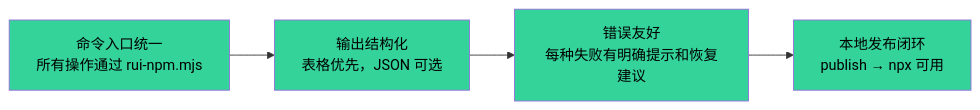
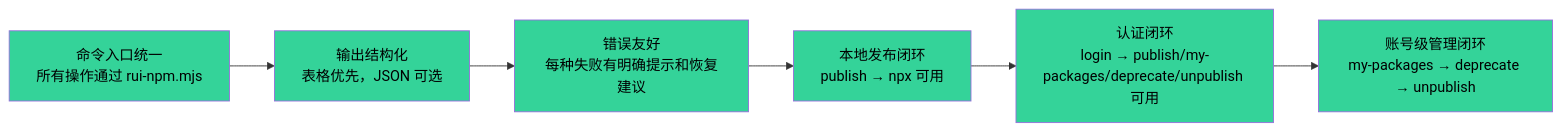
The third of 3 diagrams in skills/rui-npm/SKILL.md (effiy/YrY), drawn with Mermaid before and after one commit. The commit also changed other lines of this file and 3 other files, not shown here.

First line of the commit message:
feat(rui-npm): add account-level package management — my-packages, deprecate, unpublish

````diff
--- a/skills/rui-npm/SKILL.md
+++ b/skills/rui-npm/SKILL.md
@@ -306,8 +420,10 @@
 ```mermaid
 flowchart LR
     S1["命令入口统一<br/>所有操作通过 rui-npm.mjs"]:::sig --> S2["输出结构化<br/>表格优先，JSON 可选"]:::sig
     S2 --> S3["错误友好<br/>每种失败有明确提示和恢复建议"]:::sig
     S3 --> S4["本地发布闭环<br/>publish → npx 可用"]:::sig
+    S4 --> S5["认证闭环<br/>login → publish/my-packages/deprecate/unpublish 可用"]:::sig
+    S5 --> S6["账号级管理闭环<br/>my-packages → deprecate → unpublish"]:::sig
 
     classDef sig fill:#34d399,color:#000
 ```
````
